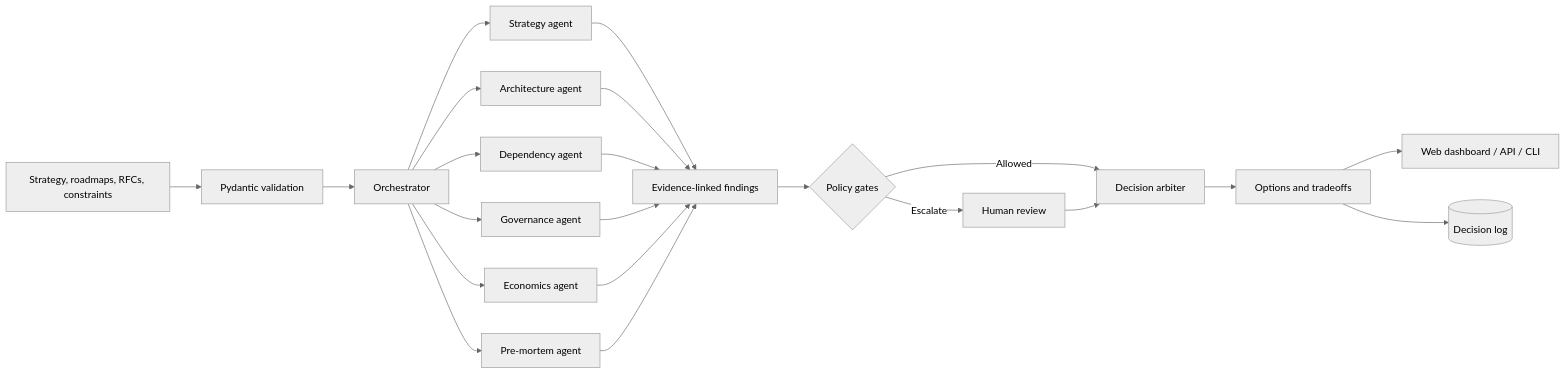
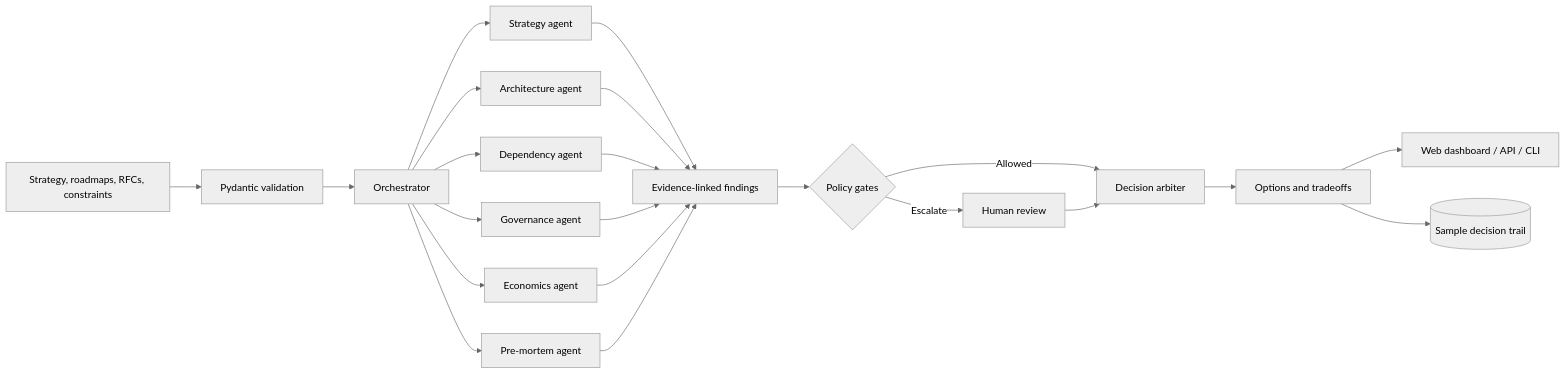
The first of 2 diagrams in README.md (PlainJane20/signalweave-ai), drawn with Mermaid (neutral theme) before and after one commit. The commit also changed other lines of this file and 4 other files, not shown here.

````diff
--- a/README.md
+++ b/README.md
@@ -114,27 +114,27 @@
 ```mermaid
 flowchart LR
     A[Strategy, roadmaps, RFCs, constraints] --> V[Pydantic validation]
     V --> O[Orchestrator]
 
     O --> S[Strategy agent]
     O --> R[Architecture agent]
     O --> D[Dependency agent]
     O --> G[Governance agent]
     O --> E[Economics agent]
     O --> P[Pre-mortem agent]
 
     S --> F[Evidence-linked findings]
     R --> F
     D --> F
     G --> F
     E --> F
     P --> F
 
     F --> K{Policy gates}
     K -->|Escalate| H[Human review]
     K -->|Allowed| B[Decision arbiter]
     H --> B
     B --> C[Options and tradeoffs]
     C --> UI[Web dashboard / API / CLI]
-    C --> L[(Decision log)]
+    C --> L[(Sample decision trail)]
 ```
````
